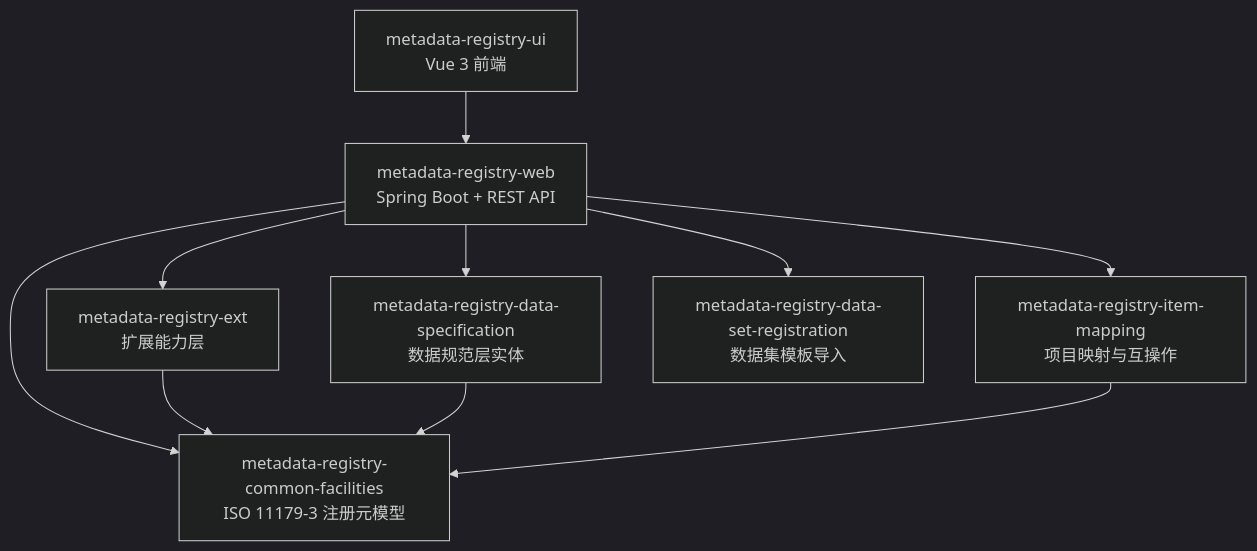
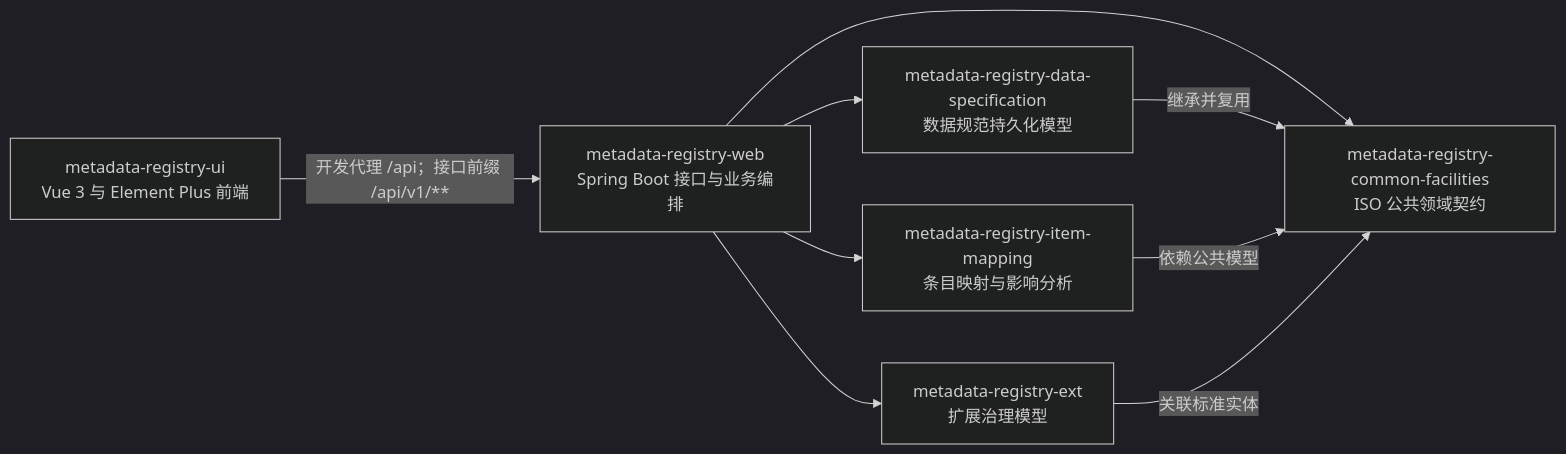
Before and after one commit to matrixlane/MetadataRegistry4J: the diagram in docs/architecture/ARCHITECTURE.md, drawn with Mermaid (dark theme). The commit also changed other lines of this file and 321 other files, not shown here.

````diff
--- a/docs/architecture/ARCHITECTURE.md
+++ b/docs/architecture/ARCHITECTURE.md
@@ -13,12 +15,18 @@
 ```mermaid
-flowchart TD
-    UI[metadata-registry-ui<br/>Vue 3 前端] --> WEB[metadata-registry-web<br/>Spring Boot + REST API]
-    WEB --> CF[metadata-registry-common-facilities<br/>ISO 11179-3 注册元模型]
-    WEB --> DS[metadata-registry-data-specification<br/>数据规范层实体]
-    WEB --> IM[metadata-registry-item-mapping<br/>项目映射与互操作]
-    WEB --> EXT[metadata-registry-ext<br/>扩展能力层]
-    WEB --> DSR[metadata-registry-data-set-registration<br/>数据集模板导入]
-    EXT --> CF
-    DS --> CF
-    IM --> CF
+flowchart LR
+    UI["metadata-registry-ui<br/>Vue 3 与 Element Plus 前端"]
+    WEB["metadata-registry-web<br/>Spring Boot 接口与业务编排"]
+    COMMON["metadata-registry-common-facilities<br/>ISO 公共领域契约"]
+    SPEC["metadata-registry-data-specification<br/>数据规范持久化模型"]
+    MAP["metadata-registry-item-mapping<br/>条目映射与影响分析"]
+    EXT["metadata-registry-ext<br/>扩展治理模型"]
+
+    UI -->|"开发代理 /api；接口前缀 /api/v1/**"| WEB
+    WEB --> COMMON
+    WEB --> SPEC
+    WEB --> MAP
+    WEB --> EXT
+    SPEC -->|"继承并复用"| COMMON
+    MAP -->|"依赖公共模型"| COMMON
+    EXT -->|"关联标准实体"| COMMON
 ```
````
